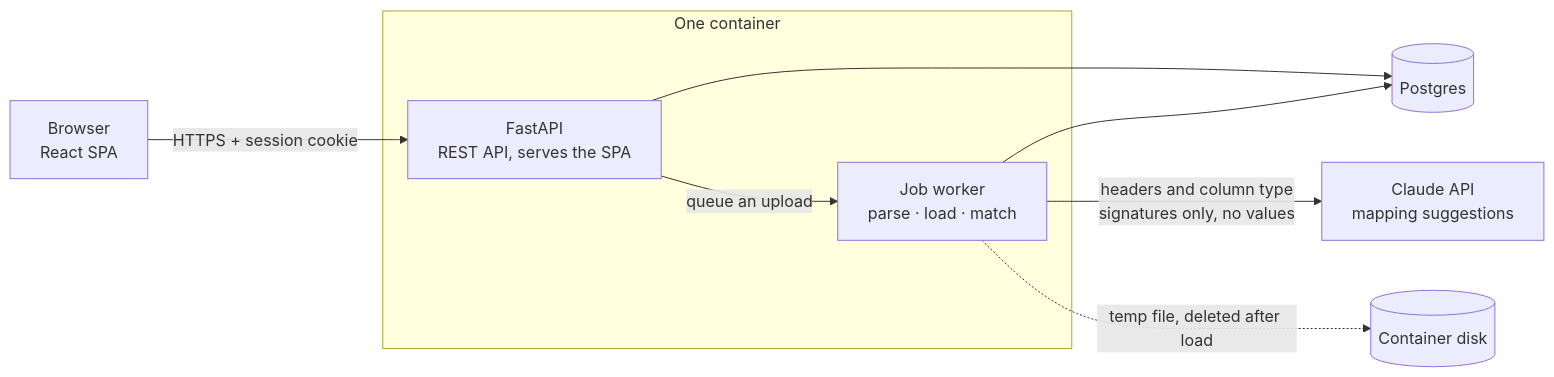
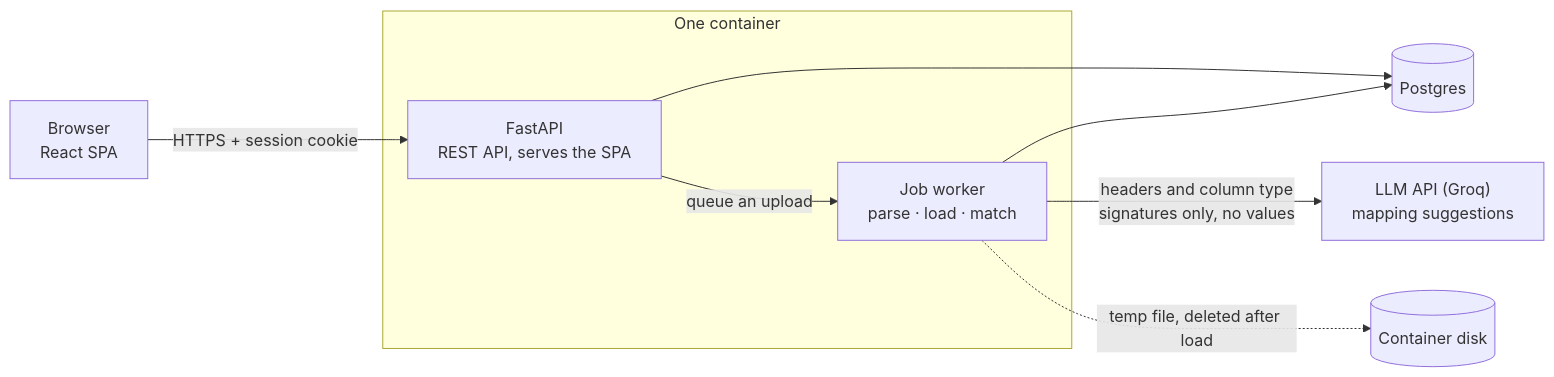
Before and after one commit to diptanu2004/IsoCode-Takehome: the first of 2 diagrams in docs/TDD.md, drawn with Mermaid. The commit also changed other lines of this file and 11 other files, not shown here.

First line of the commit message:
feat(mapping): Groq as the default AI provider for mapping suggestions

````diff
--- a/docs/TDD.md
+++ b/docs/TDD.md
@@ -155,13 +155,13 @@
 ```mermaid
 flowchart LR
   B["Browser<br/>React SPA"] -- "HTTPS + session cookie" --> API
   subgraph APP["One container"]
     API["FastAPI<br/>REST API, serves the SPA"]
     W["Job worker<br/>parse · load · match"]
     API -- "queue an upload" --> W
   end
   API --> DB[("Postgres")]
   W --> DB
-  W -- "headers and column type<br/>signatures only, no values" --> LLM["Claude API<br/>mapping suggestions"]
+  W -- "headers and column type<br/>signatures only, no values" --> LLM["LLM API (Groq)<br/>mapping suggestions"]
   W -. "temp file, deleted after load" .-> FS[("Container disk")]
 ```
````
